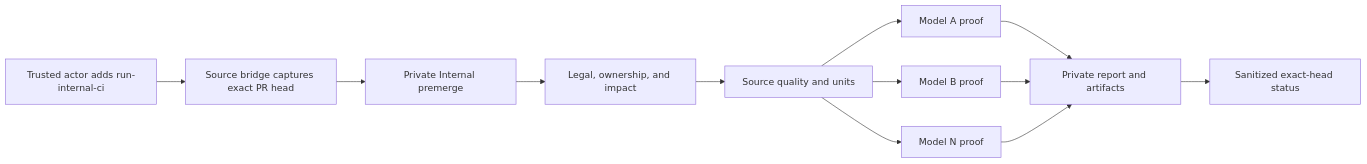
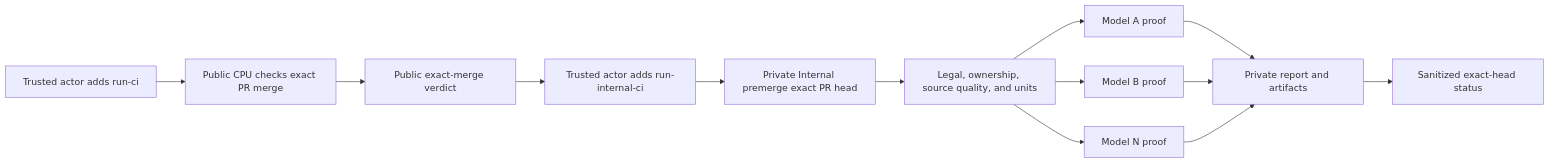
The diagram in tools/ci/README.md (AbishekCoder1/TensorRT-Model-Connect), drawn with Mermaid before and after one commit. The commit also changed other lines of this file and 7 other files, not shown here.

First line of the commit message:
ci(community): gate public CPU runs by label

````diff
--- a/tools/ci/README.md
+++ b/tools/ci/README.md
@@ -17,14 +19,15 @@
 ```mermaid
 flowchart LR
-    A[Trusted actor adds run-internal-ci] --> B[Source bridge captures exact PR head]
-    B --> C[Private Internal premerge]
-    C --> D[Legal, ownership, and impact]
-    D --> E[Source quality and units]
-    E --> F1[Model A proof]
-    E --> F2[Model B proof]
-    E --> FN[Model N proof]
-    F1 --> G[Private report and artifacts]
-    F2 --> G
-    FN --> G
-    G --> H[Sanitized exact-head status]
+    A[Trusted actor adds run-ci] --> B[Public CPU checks exact PR merge]
+    B --> C[Public exact-merge verdict]
+    C --> D[Trusted actor adds run-internal-ci]
+    D --> E[Private Internal premerge exact PR head]
+    E --> F[Legal, ownership, source quality, and units]
+    F --> G1[Model A proof]
+    F --> G2[Model B proof]
+    F --> GN[Model N proof]
+    G1 --> H[Private report and artifacts]
+    G2 --> H
+    GN --> H
+    H --> I[Sanitized exact-head status]
 ```
````
